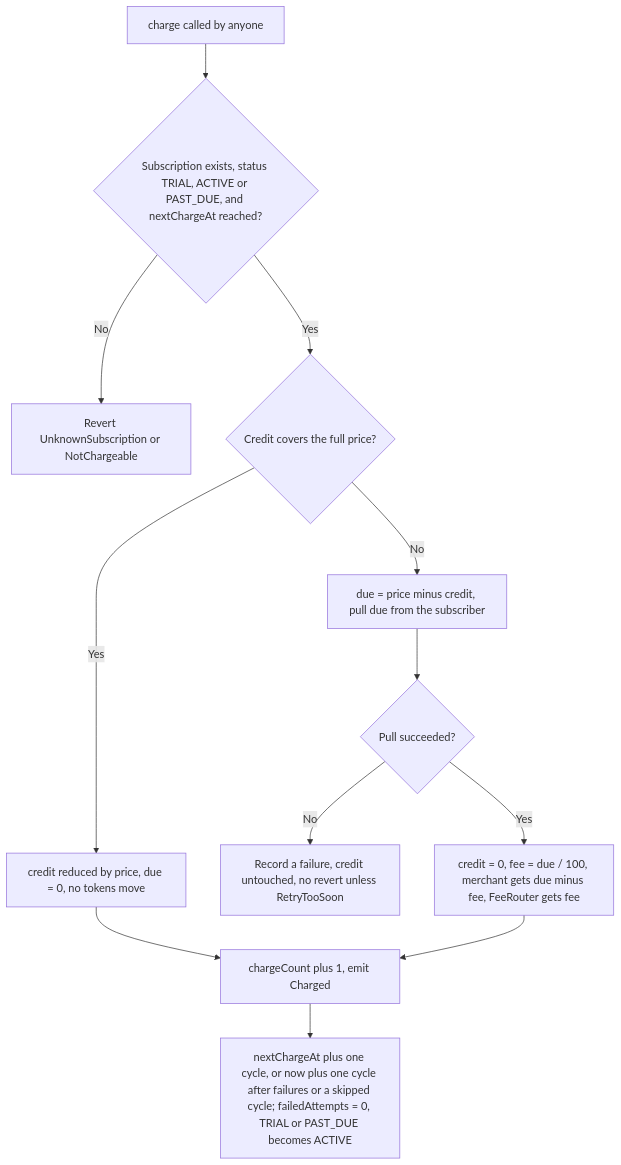
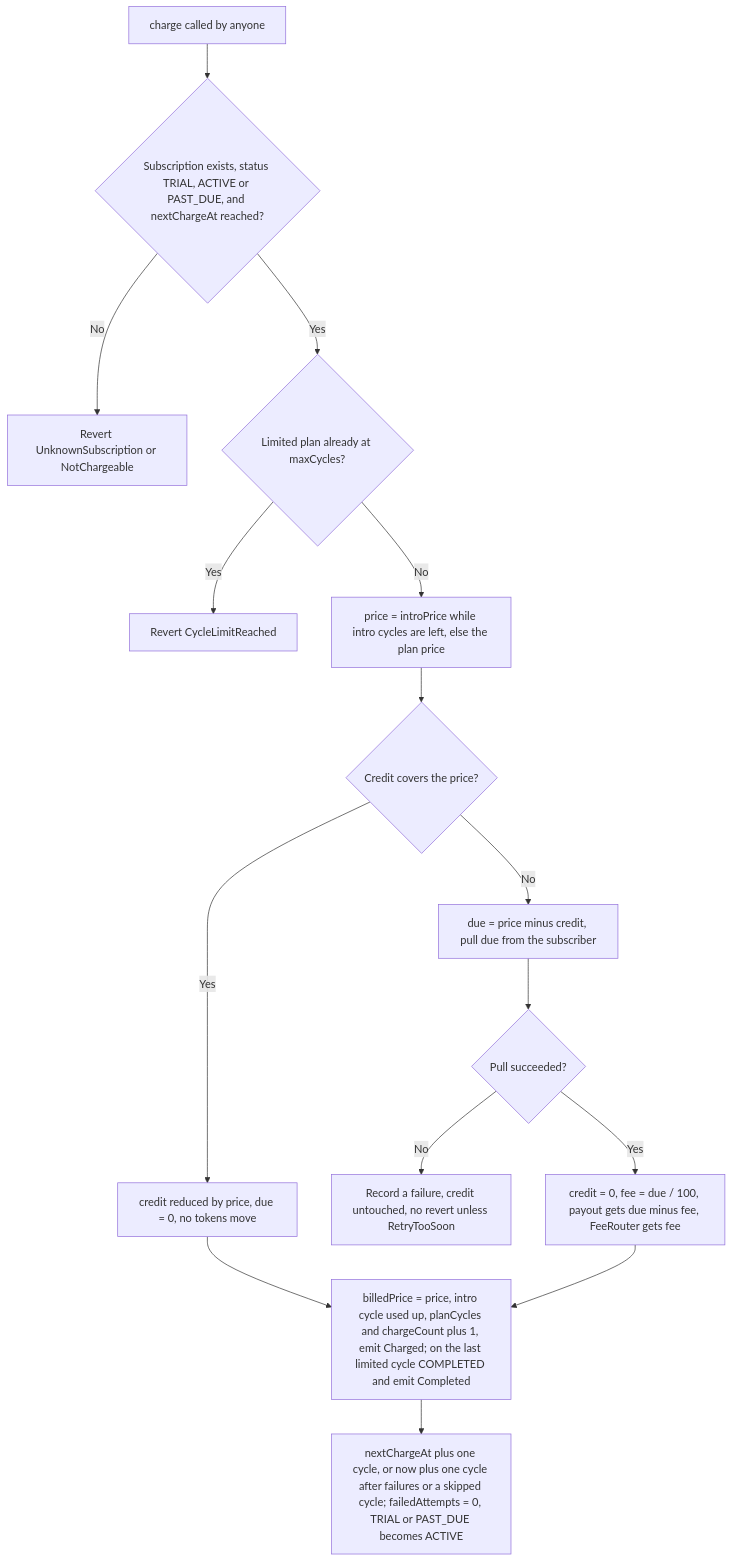
Before and after one commit to RunTimeAdmin/levy: the first of 2 diagrams in docs/wiki/Charging-and-Fees.md, drawn with Mermaid. The commit also changed other lines of this file and 50 other files, not shown here.

````diff
--- a/docs/wiki/Charging-and-Fees.md
+++ b/docs/wiki/Charging-and-Fees.md
@@ -11,14 +11,17 @@
 ```mermaid
 flowchart TD
     A["charge called by anyone"] --> B{"Subscription exists, status TRIAL, ACTIVE or PAST_DUE, and nextChargeAt reached?"}
     B -->|"No"| C["Revert UnknownSubscription or NotChargeable"]
-    B -->|"Yes"| D{"Credit covers the full price?"}
+    B -->|"Yes"| L{"Limited plan already at maxCycles?"}
+    L -->|"Yes"| LR["Revert CycleLimitReached"]
+    L -->|"No"| P["price = introPrice while intro cycles are left, else the plan price"]
+    P --> D{"Credit covers the price?"}
     D -->|"Yes"| E["credit reduced by price, due = 0, no tokens move"]
     D -->|"No"| F["due = price minus credit, pull due from the subscriber"]
     F --> G{"Pull succeeded?"}
     G -->|"No"| H["Record a failure, credit untouched, no revert unless RetryTooSoon"]
-    G -->|"Yes"| I["credit = 0, fee = due / 100, merchant gets due minus fee, FeeRouter gets fee"]
-    E --> J["chargeCount plus 1, emit Charged"]
+    G -->|"Yes"| I["credit = 0, fee = due / 100, payout gets due minus fee, FeeRouter gets fee"]
+    E --> J["billedPrice = price, intro cycle used up, planCycles and chargeCount plus 1, emit Charged; on the last limited cycle COMPLETED and emit Completed"]
     I --> J
     J --> K["nextChargeAt plus one cycle, or now plus one cycle after failures or a skipped cycle; failedAttempts = 0, TRIAL or PAST_DUE becomes ACTIVE"]
 ```
````
